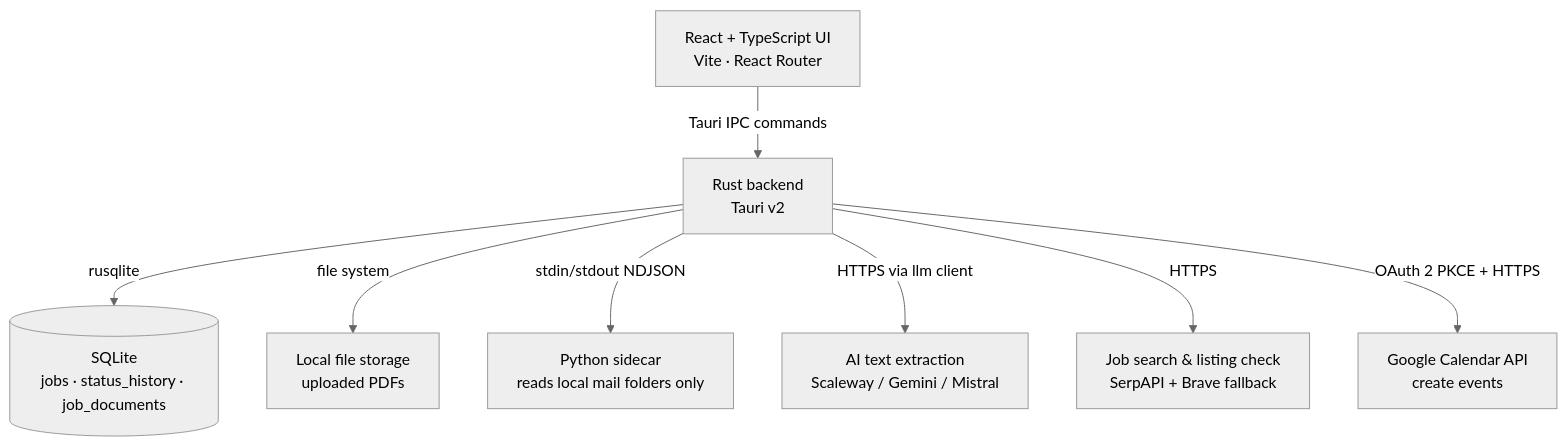
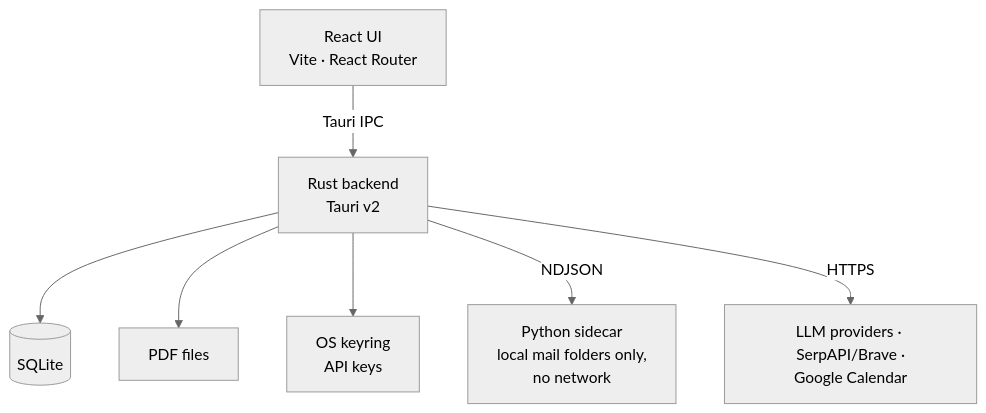
One commit to eikrad/Job-Tracker changed the second of 2 diagrams in README.md. Above: the diagram before and after it, drawn with Mermaid (neutral theme). The commit also changed other lines of this file and 3 other files, not shown here.

````diff
--- a/README.md
+++ b/README.md
@@ -49,10 +35,9 @@
 ```mermaid
-graph TD
-    UI[React + TypeScript UI<br>Vite · React Router] -->|Tauri IPC commands| RUST[Rust backend<br>Tauri v2]
-    RUST -->|rusqlite| DB[(SQLite<br>jobs · status_history · job_documents)]
-    RUST -->|file system| FILES[Local file storage<br>uploaded PDFs]
-    RUST -->|stdin/stdout NDJSON| SIDECAR[Python sidecar<br>reads local mail folders only]
-    RUST -->|HTTPS via llm client| AI[AI text extraction<br>Scaleway / Gemini / Mistral]
-    RUST -->|HTTPS| SEARCH[Job search & listing check<br>SerpAPI + Brave fallback]
-    RUST -->|OAuth 2 PKCE + HTTPS| GCAL[Google Calendar API<br>create events]
+flowchart TD
+    UI["React UI<br>Vite · React Router"] -->|Tauri IPC| RUST["Rust backend<br>Tauri v2"]
+    RUST --> DB[("SQLite")]
+    RUST --> FILES["PDF files"]
+    RUST --> KEYS["OS keyring<br>API keys"]
+    RUST -->|NDJSON| SIDECAR["Python sidecar<br>local mail folders only,<br>no network"]
+    RUST -->|HTTPS| EXT["LLM providers · SerpAPI/Brave ·<br>Google Calendar"]
 ```
````
